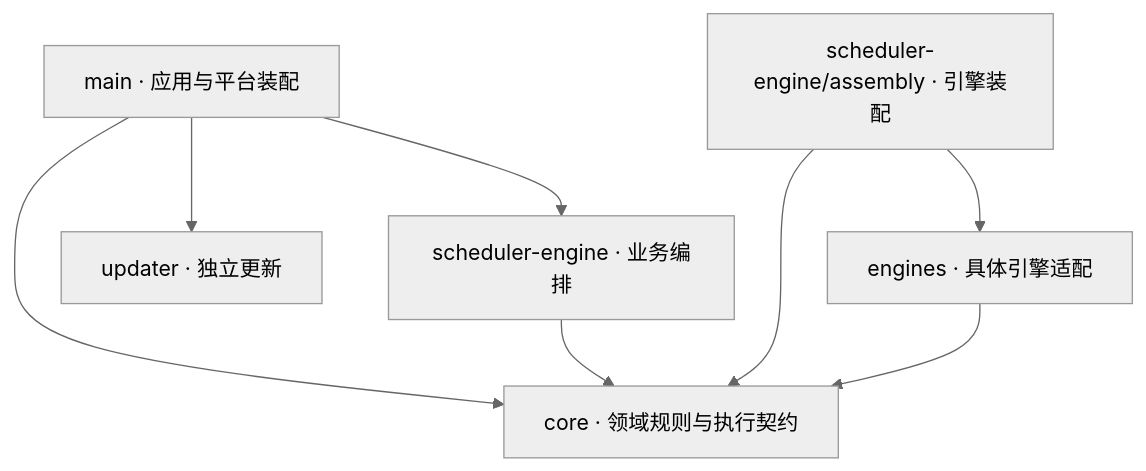
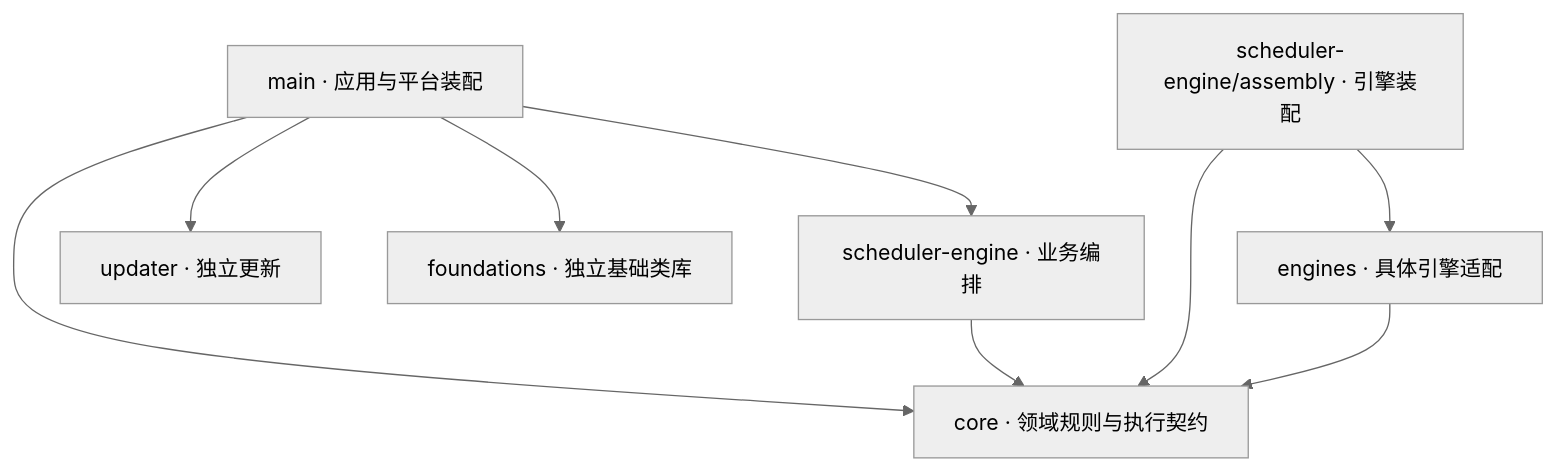
One commit to nan023062/cbim changed the second of 2 diagrams in src/backend/ARCHITECTURE.md. Above: the diagram before and after it, drawn with Mermaid (neutral theme). The commit also changed other lines of this file and 38 other files, not shown here.

````diff
--- a/src/backend/ARCHITECTURE.md
+++ b/src/backend/ARCHITECTURE.md
@@ -75,10 +75,11 @@
 ```mermaid
 flowchart TB
   Main[main · 应用与平台装配] --> Scheduler[scheduler-engine · 业务编排]
   Main --> Core[core · 领域规则与执行契约]
   Main --> Updater[updater · 独立更新]
+  Main --> Foundations[foundations · 独立基础类库]
   Scheduler --> Core
   Assembly[scheduler-engine/assembly · 引擎装配] --> Engines[engines · 具体引擎适配]
   Assembly --> Core
   Engines --> Core
 ```
````
